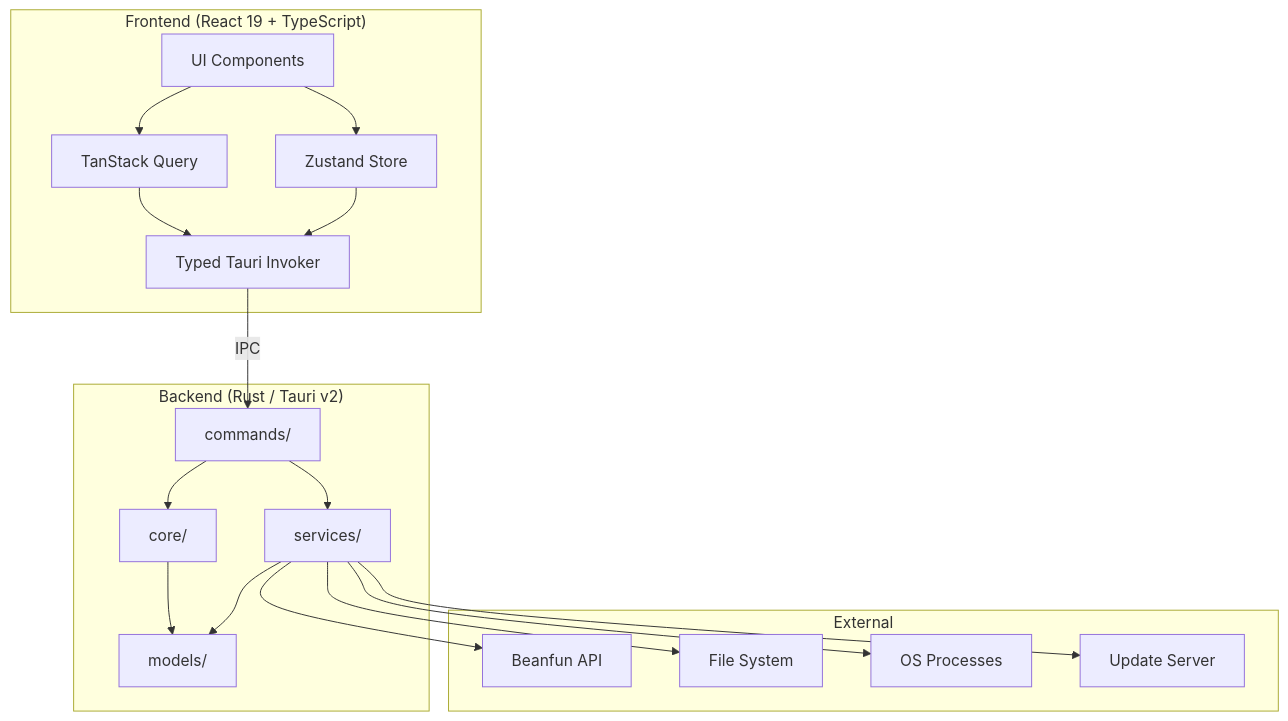
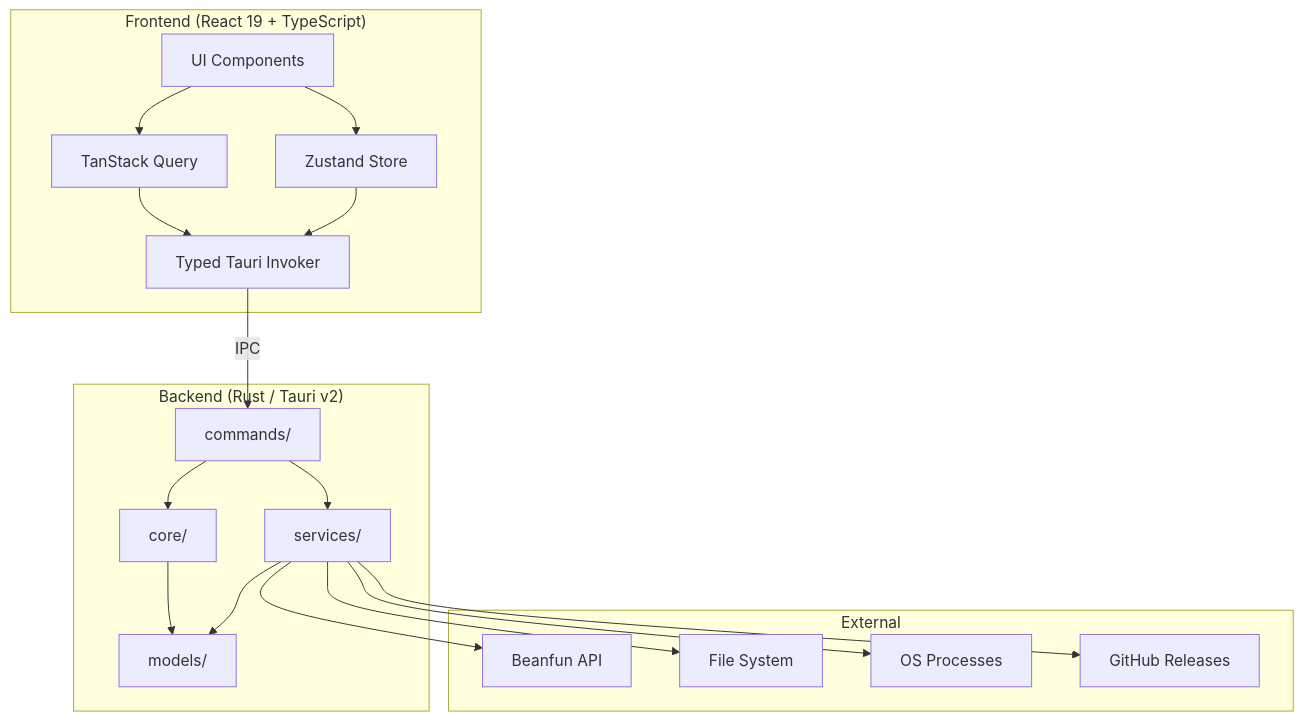
Before and after one commit to lshw54/maplelink: the first of 2 diagrams in README.en.md, drawn with Mermaid. The commit also changed other lines of this file and 1 other file, not shown here.

Commit message:
docs: sync README features, fix architecture diagram, align dev guide

````diff
--- a/README.en.md
+++ b/README.en.md
@@ -79,37 +79,37 @@
 ```mermaid
 graph TB
     subgraph Frontend ["Frontend (React 19 + TypeScript)"]
         UI[UI Components]
         Zustand[Zustand Store]
         TQ[TanStack Query]
         Invoker[Typed Tauri Invoker]
     end
 
     subgraph Backend ["Backend (Rust / Tauri v2)"]
         Commands[commands/]
         Core[core/]
         Services[services/]
         Models[models/]
     end
 
     subgraph External ["External"]
         Beanfun[Beanfun API]
         FS[File System]
         Process[OS Processes]
-        Updater[Update Server]
+        Updater[GitHub Releases]
     end
 
     UI --> Zustand
     UI --> TQ
     TQ --> Invoker
     Zustand --> Invoker
     Invoker -->|IPC| Commands
     Commands --> Core
     Commands --> Services
     Core --> Models
     Services --> Models
     Services --> Beanfun
     Services --> FS
     Services --> Process
     Services --> Updater
 ```
````
